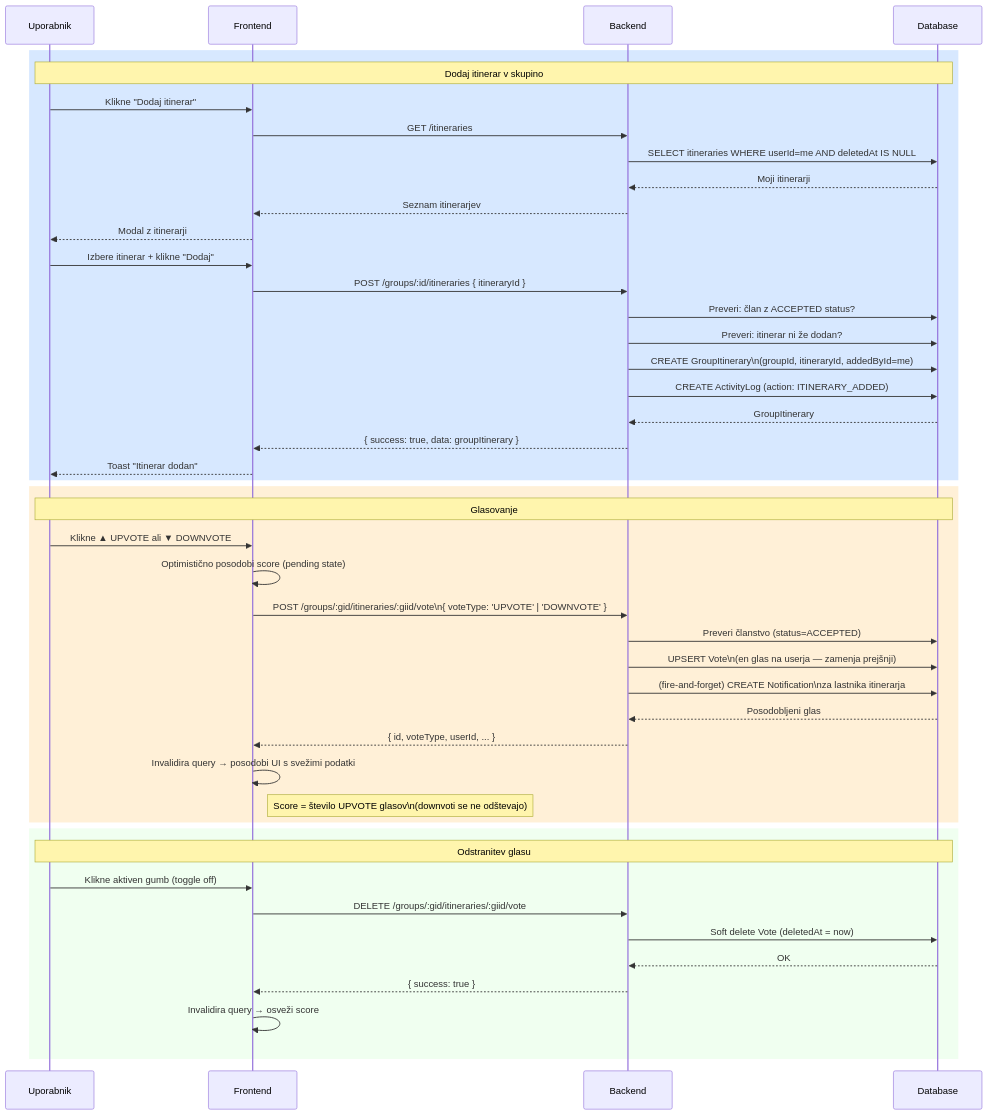
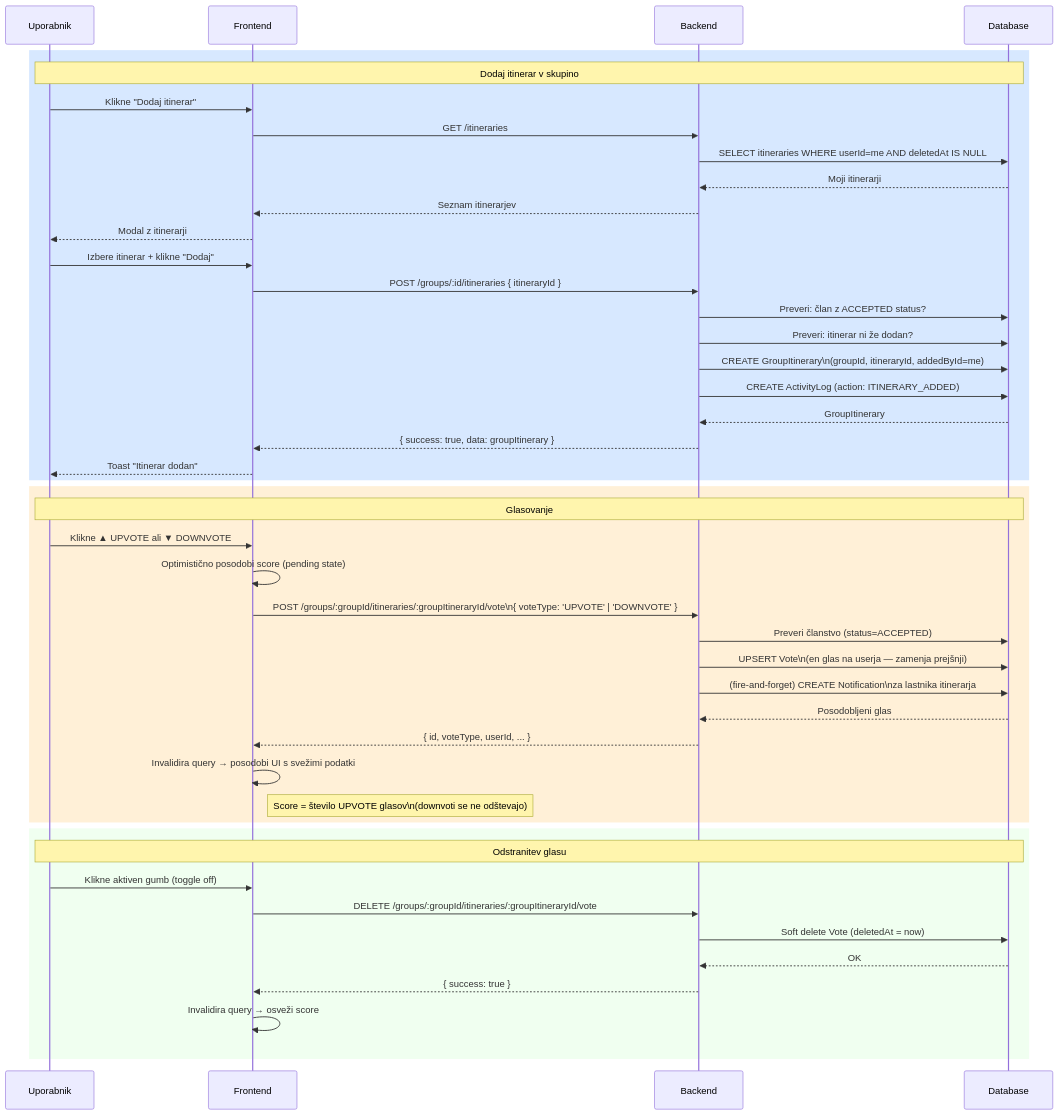
The ninth of 11 diagrams in docs/data-flows.md (Anchevskiii/Routiq), drawn with Mermaid before and after one commit. The commit also changed other lines of this file and 6 other files, not shown here.

````diff
--- a/docs/data-flows.md
+++ b/docs/data-flows.md
@@ -360,51 +360,51 @@
 ```mermaid
 sequenceDiagram
     participant U as Uporabnik
     participant FE as Frontend
     participant BE as Backend
     participant DB as Database
 
     rect rgb(215, 232, 255)
         Note over U,DB: Dodaj itinerar v skupino
         U->>FE: Klikne "Dodaj itinerar"
         FE->>BE: GET /itineraries
         BE->>DB: SELECT itineraries WHERE userId=me AND deletedAt IS NULL
         DB-->>BE: Moji itinerarji
         BE-->>FE: Seznam itinerarjev
         FE-->>U: Modal z itinerarji
 
         U->>FE: Izbere itinerar + klikne "Dodaj"
         FE->>BE: POST /groups/:id/itineraries { itineraryId }
         BE->>DB: Preveri: član z ACCEPTED status?
         BE->>DB: Preveri: itinerar ni že dodan?
         BE->>DB: CREATE GroupItinerary\n(groupId, itineraryId, addedById=me)
         BE->>DB: CREATE ActivityLog (action: ITINERARY_ADDED)
         DB-->>BE: GroupItinerary
         BE-->>FE: { success: true, data: groupItinerary }
         FE-->>U: Toast "Itinerar dodan"
     end
 
     rect rgb(255, 240, 215)
         Note over U,DB: Glasovanje
         U->>FE: Klikne ▲ UPVOTE ali ▼ DOWNVOTE
         FE->>FE: Optimistično posodobi score (pending state)
-        FE->>BE: POST /groups/:gid/itineraries/:giid/vote\n{ voteType: 'UPVOTE' | 'DOWNVOTE' }
+        FE->>BE: POST /groups/:groupId/itineraries/:groupItineraryId/vote\n{ voteType: 'UPVOTE' | 'DOWNVOTE' }
         BE->>DB: Preveri članstvo (status=ACCEPTED)
         BE->>DB: UPSERT Vote\n(en glas na userja — zamenja prejšnji)
         BE->>DB: (fire-and-forget) CREATE Notification\nza lastnika itinerarja
         DB-->>BE: Posodobljeni glas
         BE-->>FE: { id, voteType, userId, ... }
         FE->>FE: Invalidira query → posodobi UI s svežimi podatki
         Note right of FE: Score = število UPVOTE glasov\n(downvoti se ne odštevajo)
     end
 
     rect rgb(240, 255, 240)
         Note over U,DB: Odstranitev glasu
         U->>FE: Klikne aktiven gumb (toggle off)
-        FE->>BE: DELETE /groups/:gid/itineraries/:giid/vote
+        FE->>BE: DELETE /groups/:groupId/itineraries/:groupItineraryId/vote
         BE->>DB: Soft delete Vote (deletedAt = now)
         DB-->>BE: OK
         BE-->>FE: { success: true }
         FE->>FE: Invalidira query → osveži score
     end
 ```
````
